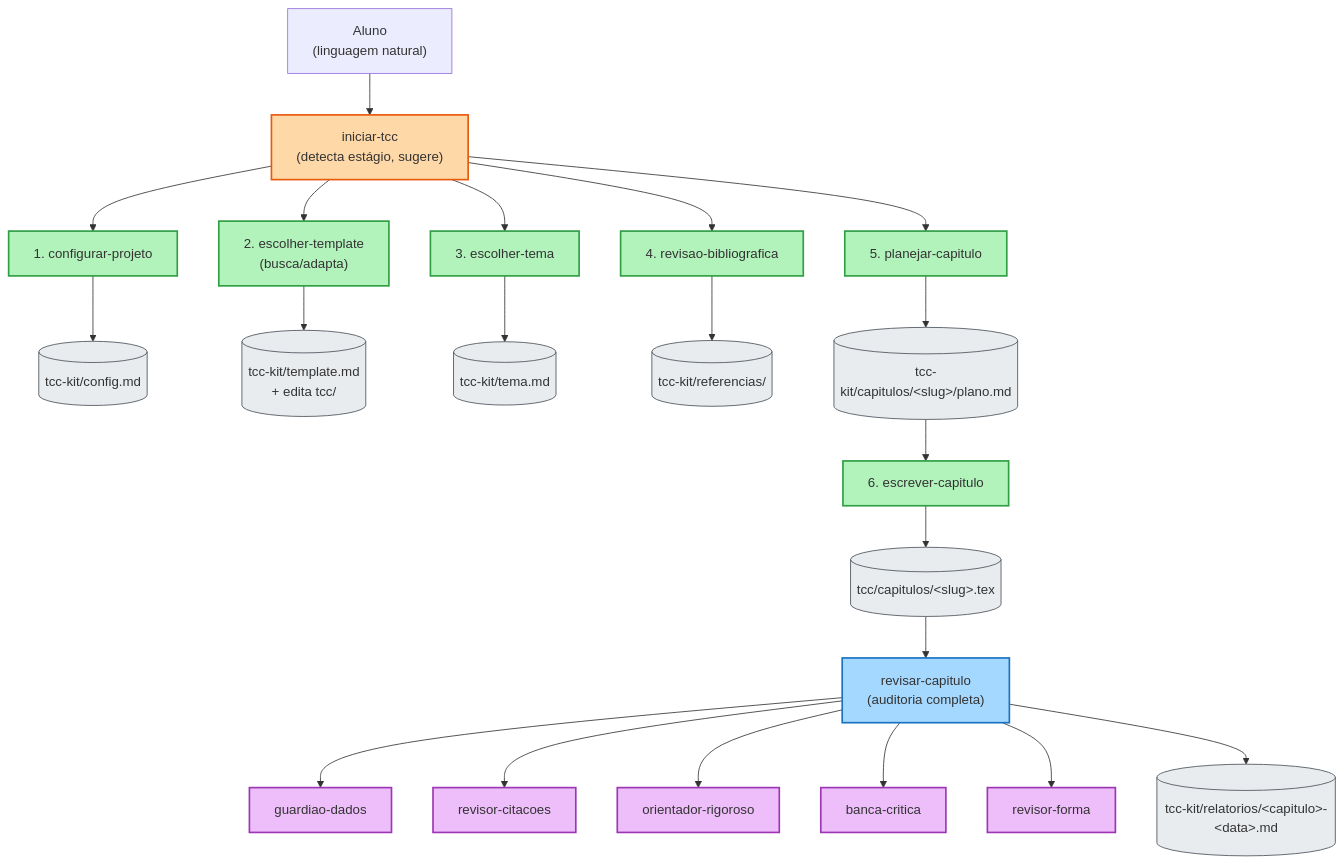
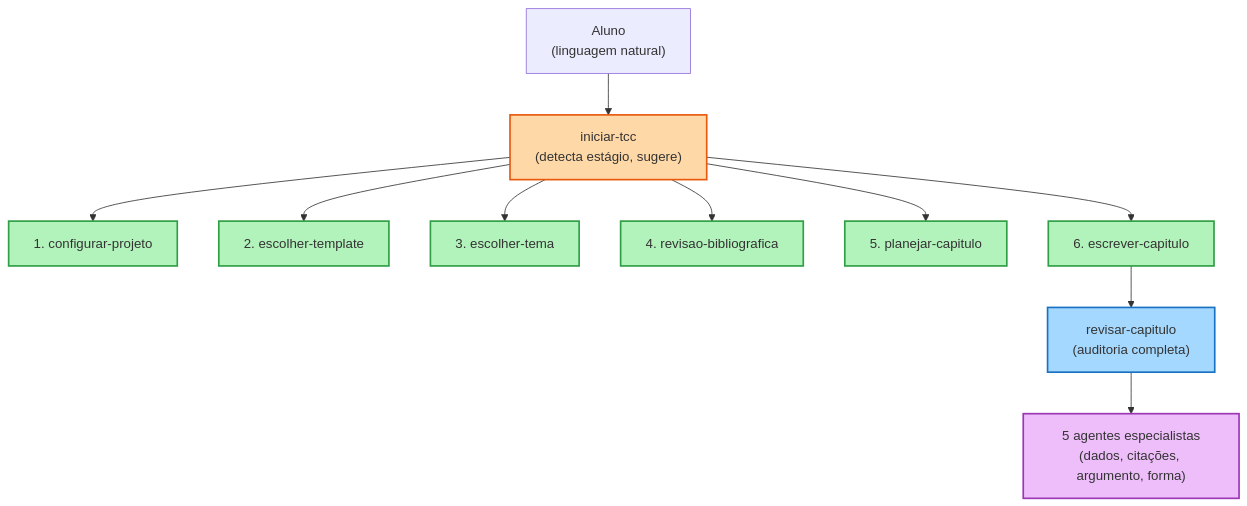
Before and after one commit to Oseiasdfarias/tcc-verificado-kit-agentes: the diagram in README.md, drawn with Mermaid. The commit also changed other lines of this file, not shown here.

Commit message:
Simplifica o diagrama mermaid do README (menos nos, mais fácil de ler)

````diff
--- a/README.md
+++ b/README.md
@@ -35,40 +35,24 @@
 ```mermaid
 flowchart TD
     Aluno["Aluno<br/>(linguagem natural)"] --> Hub1["iniciar-tcc<br/>(detecta estágio, sugere)"]
 
     Hub1 --> S1["1. configurar-projeto"]
-    Hub1 --> S2["2. escolher-template<br/>(busca/adapta)"]
+    Hub1 --> S2["2. escolher-template"]
     Hub1 --> S3["3. escolher-tema"]
     Hub1 --> S4["4. revisao-bibliografica"]
     Hub1 --> S5["5. planejar-capitulo"]
+    Hub1 --> S6["6. escrever-capitulo"]
 
-    S1 --> A1[("tcc-kit/config.md")]
-    S2 --> A2[("tcc-kit/template.md<br/>+ edita tcc/")]
-    S3 --> A3[("tcc-kit/tema.md")]
-    S4 --> A4[("tcc-kit/referencias/")]
-    S5 --> A5[("tcc-kit/capitulos/&lt;slug&gt;/plano.md")]
-
-    A5 --> S6["6. escrever-capitulo"]
-    S6 --> A6[("tcc/capitulos/&lt;slug&gt;.tex")]
-    A6 --> Hub2["revisar-capitulo<br/>(auditoria completa)"]
-
-    Hub2 --> G1["guardiao-dados"]
-    Hub2 --> G2["revisor-citacoes"]
-    Hub2 --> G3["orientador-rigoroso"]
-    Hub2 --> G4["banca-critica"]
-    Hub2 --> G5["revisor-forma"]
-
-    Hub2 --> Rel[("tcc-kit/relatorios/&lt;capitulo&gt;-&lt;data&gt;.md")]
+    S6 --> Hub2["revisar-capitulo<br/>(auditoria completa)"]
+    Hub2 --> Agentes["5 agentes especialistas<br/>(dados, citações, argumento, forma)"]
 
     classDef hub fill:#ffd8a8,stroke:#e8590c,stroke-width:2px
     classDef hub2 fill:#a5d8ff,stroke:#1971c2,stroke-width:2px
     classDef skill fill:#b2f2bb,stroke:#2f9e44,stroke-width:2px
     classDef agente fill:#eebefa,stroke:#9c36b5,stroke-width:2px
-    classDef artefato fill:#e9ecef,stroke:#495057,stroke-width:1px
 
     class Hub1 hub
     class Hub2 hub2
     class S1,S2,S3,S4,S5,S6 skill
-    class G1,G2,G3,G4,G5 agente
-    class A1,A2,A3,A4,A5,A6,Rel artefato
+    class Agentes agente
 ```
````
